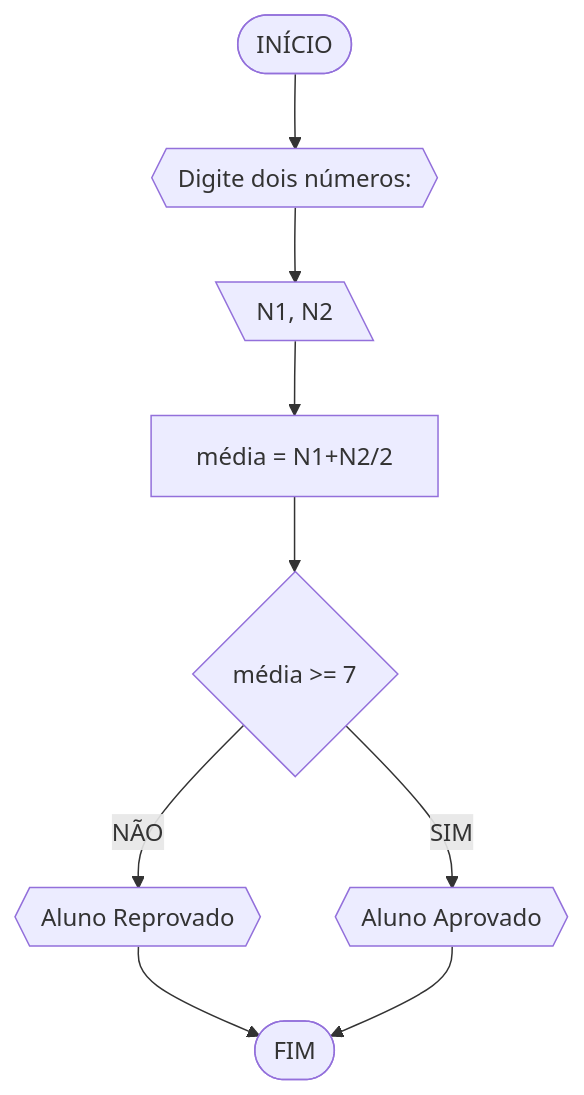
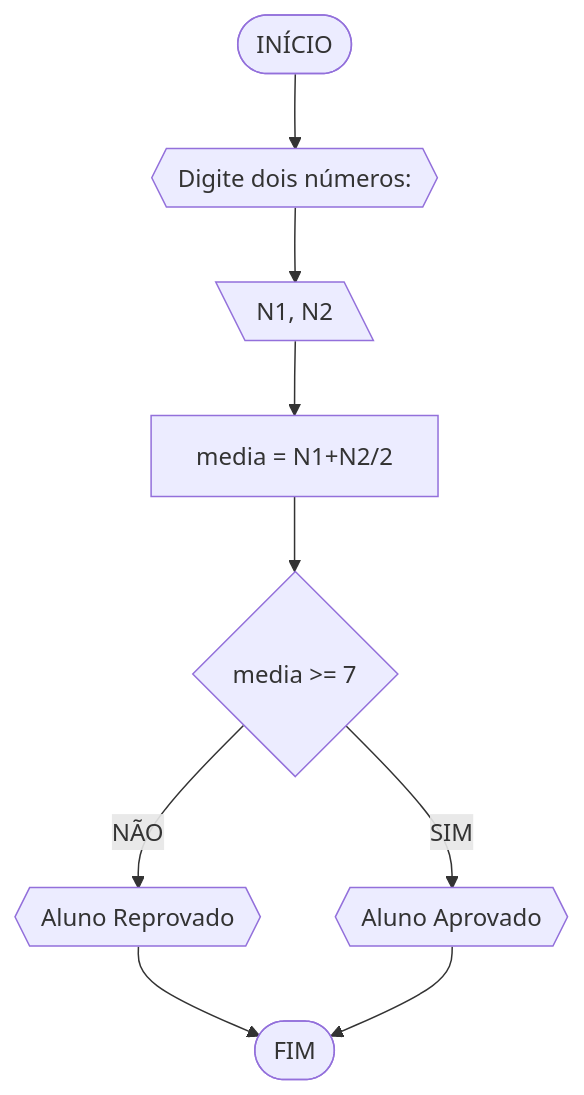
The first of 2 diagrams in RLA /lista_fluxogramas_1.md (Danil0Ribeir0/UNIFOR), drawn with Mermaid before and after one commit. The commit also changed other lines of this file, not shown here.

````diff
--- a/RLA /lista_fluxogramas_1.md
+++ b/RLA /lista_fluxogramas_1.md
@@ -6,11 +6,11 @@
 ```mermaid
 flowchart TD
 A([INÍCIO]) --> B{{"Digite dois números:"}}
 B --> C[\N1, N2\]
-C --> D[média = N1+N2/2]
-D --> E{média >= 7}
+C --> D[media = N1+N2/2]
+D --> E{media >= 7}
 E --NÃO--> F{{"Aluno Reprovado"}}
 E --SIM--> G{{"Aluno Aprovado"}}
 F --> Z([FIM])
 G --> Z
 ```
````
